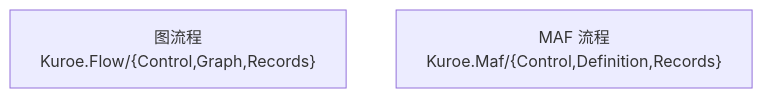
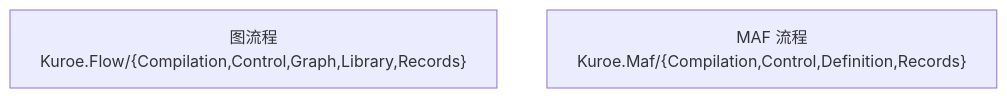
The diagram in docs/dev/architecture/functional_boundary/flow/index.md (DrMelt/Kuroe), drawn with Mermaid before and after one commit. The commit also changed other lines of this file and 10 other files, not shown here.

````diff
--- a/docs/dev/architecture/functional_boundary/flow/index.md
+++ b/docs/dev/architecture/functional_boundary/flow/index.md
@@ -5,5 +5,5 @@
 ```mermaid
 flowchart TD
-    Graph["图流程<br>Kuroe.Flow/{Control,Graph,Records}"]
-    Maf["MAF 流程<br>Kuroe.Maf/{Control,Definition,Records}"]
+    Graph["图流程<br>Kuroe.Flow/{Compilation,Control,Graph,Library,Records}"]
+    Maf["MAF 流程<br>Kuroe.Maf/{Compilation,Control,Definition,Records}"]
 ```
````
